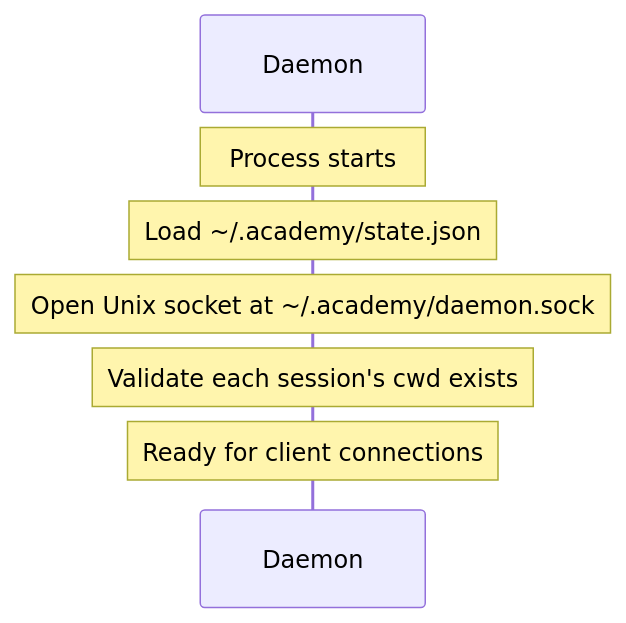
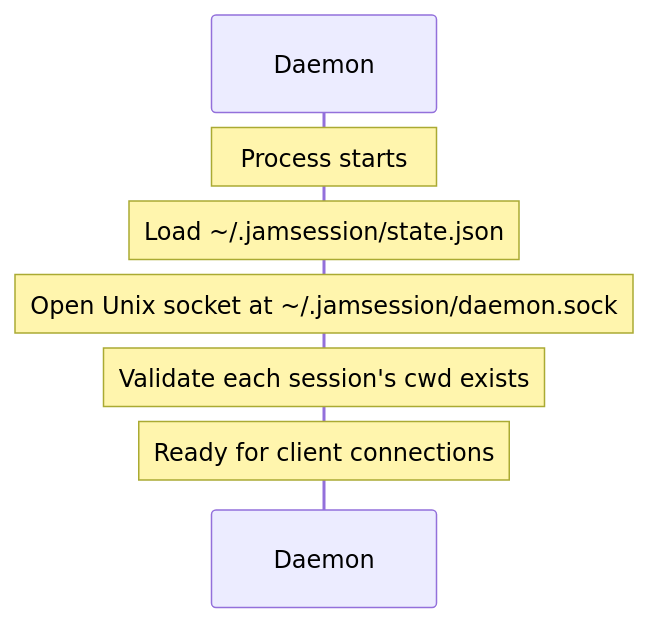
One commit to nikomatsakis/jamsession changed the first of 7 diagrams in specs/001-agent-daemon/spec.md. Above: the diagram before and after it, drawn with Mermaid. The commit also changed other lines of this file and 33 other files, not shown here.

````diff
--- a/specs/001-agent-daemon/spec.md
+++ b/specs/001-agent-daemon/spec.md
@@ -163,10 +163,10 @@
 ```mermaid
 sequenceDiagram
     participant D as Daemon
 
     Note over D: Process starts
-    Note over D: Load ~/.academy/state.json
-    Note over D: Open Unix socket at ~/.academy/daemon.sock
+    Note over D: Load ~/.jamsession/state.json
+    Note over D: Open Unix socket at ~/.jamsession/daemon.sock
     Note over D: Validate each session's cwd exists
     Note over D: Ready for client connections
 ```
````
